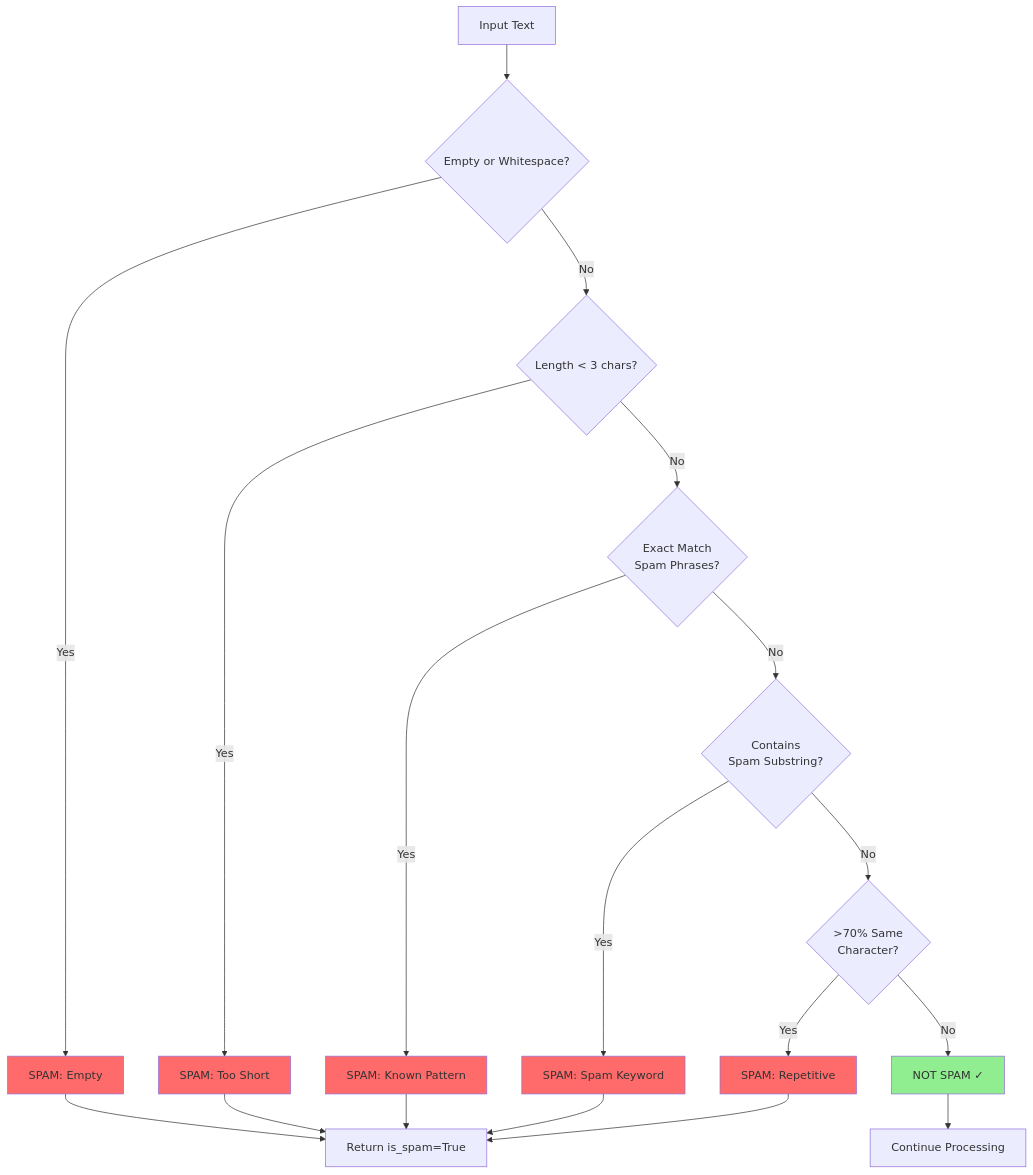
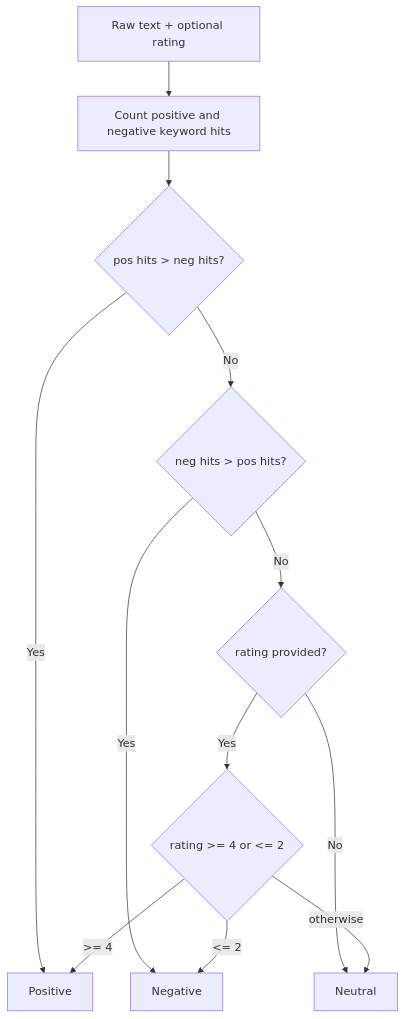
One commit to Morbius00/Return-Intelligence-System-RIS- changed the second of 5 diagrams in Docs/PIPELINE_FLOW_DIAGRAM.md. Above: the diagram before and after it, drawn with Mermaid. The commit also changed other lines of this file and 11 other files, not shown here.

````diff
--- a/Docs/PIPELINE_FLOW_DIAGRAM.md
+++ b/Docs/PIPELINE_FLOW_DIAGRAM.md
@@ -105,28 +24,14 @@
 ```mermaid
 flowchart TD
-    A[Input Text] --> B{Empty or Whitespace?}
-    B -->|Yes| SPAM1[SPAM: Empty]
-    B -->|No| C{Length < 3 chars?}
-    C -->|Yes| SPAM2[SPAM: Too Short]
-    C -->|No| D{Exact Match<br/>Spam Phrases?}
-    D -->|Yes| SPAM3[SPAM: Known Pattern]
-    D -->|No| E{Contains<br/>Spam Substring?}
-    E -->|Yes| SPAM4[SPAM: Spam Keyword]
-    E -->|No| F{>70% Same<br/>Character?}
-    F -->|Yes| SPAM5[SPAM: Repetitive]
-    F -->|No| VALID[NOT SPAM ✓]
-    
-    SPAM1 --> RESULT[Return is_spam=True]
-    SPAM2 --> RESULT
-    SPAM3 --> RESULT
-    SPAM4 --> RESULT
-    SPAM5 --> RESULT
-    VALID --> CONTINUE[Continue Processing]
-    
-    style SPAM1 fill:#FF6B6B
-    style SPAM2 fill:#FF6B6B
-    style SPAM3 fill:#FF6B6B
-    style SPAM4 fill:#FF6B6B
-    style SPAM5 fill:#FF6B6B
-    style VALID fill:#90EE90
+    A[Raw text + optional rating] --> B[Count positive and negative keyword hits]
+    B --> C{pos hits > neg hits?}
+    C -->|Yes| D[Positive]
+    C -->|No| E{neg hits > pos hits?}
+    E -->|Yes| F[Negative]
+    E -->|No| G{rating provided?}
+    G -->|No| H[Neutral]
+    G -->|Yes| I{rating >= 4 or <= 2}
+    I -->|>= 4| D
+    I -->|<= 2| F
+    I -->|otherwise| H
 ```
````
